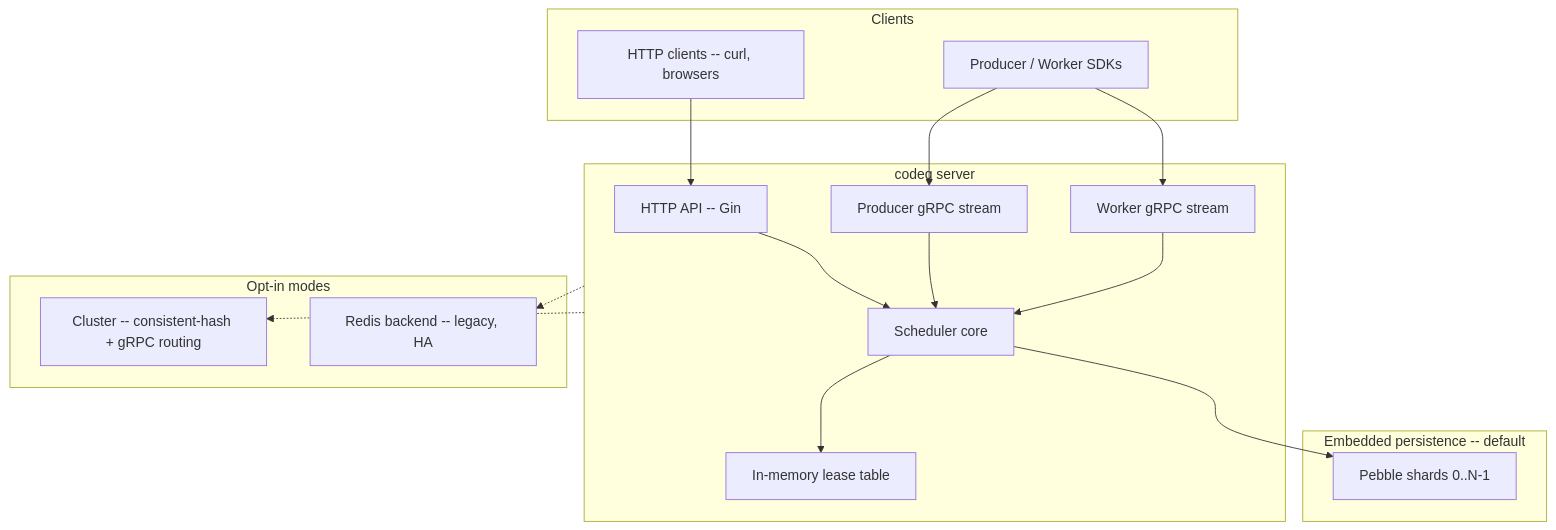
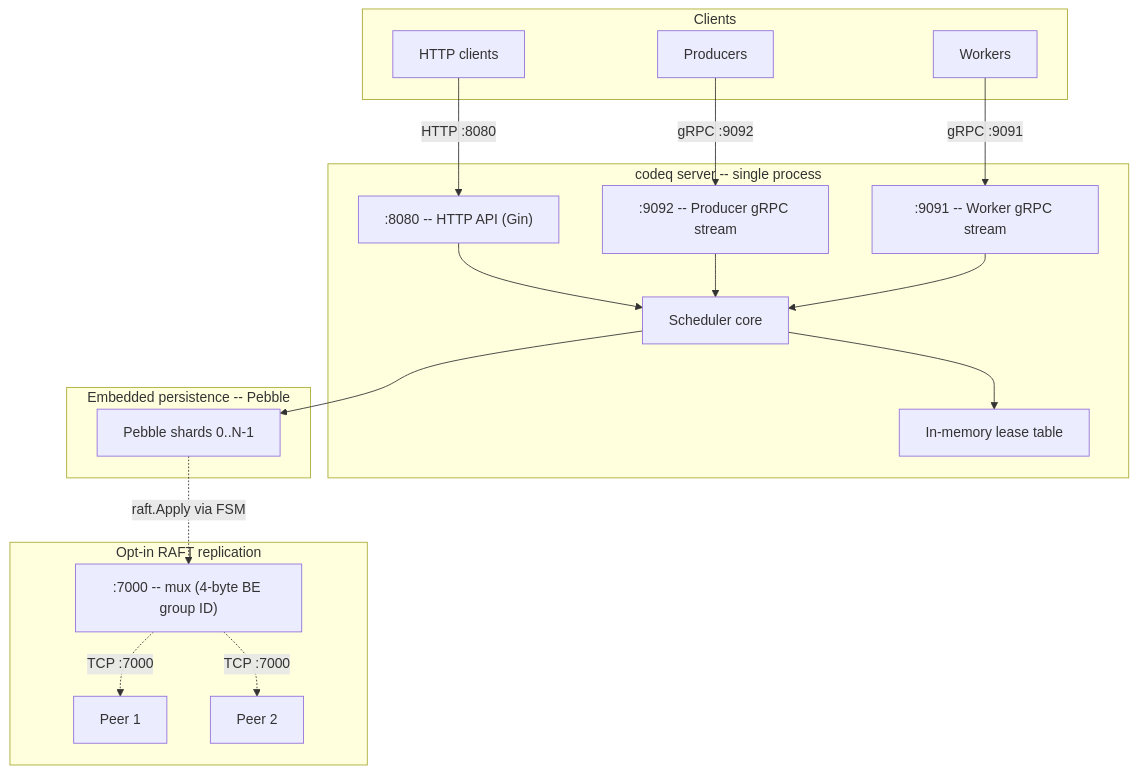
The second of 2 diagrams in docs/01-overview.md (osvaldoandrade/codeq), drawn with Mermaid before and after one commit. The commit also changed other lines of this file, not shown here.

First line of the commit message:
docs(overview): rewrite 01-overview for Pebble-only, RAFT HA, ports labeled (#607)

````diff
--- a/docs/01-overview.md
+++ b/docs/01-overview.md
@@ -103,31 +191,34 @@
 ```mermaid
 graph TB
   subgraph Clients
-    SDK[Producer / Worker SDKs]
-    HTTPCLI[HTTP clients -- curl, browsers]
+    PROD[Producers]
+    WORK[Workers]
+    HTTPCLI[HTTP clients]
   end
-  subgraph Server[codeq server]
-    API[HTTP API -- Gin]
-    PGRPC[Producer gRPC stream]
-    WGRPC[Worker gRPC stream]
+  subgraph Server[codeq server -- single process]
+    API[":8080 -- HTTP API (Gin)"]
+    PGRPC[":9092 -- Producer gRPC stream"]
+    WGRPC[":9091 -- Worker gRPC stream"]
+    SCHED[Scheduler core]
     LEASE[In-memory lease table]
-    SCHED[Scheduler core]
   end
-  subgraph Storage[Embedded persistence -- default]
+  subgraph Storage[Embedded persistence -- Pebble]
     P[Pebble shards 0..N-1]
   end
-  subgraph OptIn[Opt-in modes]
-    CL[Cluster -- consistent-hash + gRPC routing]
-    REDIS[Redis backend -- legacy, HA]
+  subgraph HA[Opt-in RAFT replication]
+    MUX[":7000 -- mux (4-byte BE group ID)"]
+    PEER1[Peer 1]
+    PEER2[Peer 2]
   end
-  SDK --> PGRPC
-  SDK --> WGRPC
-  HTTPCLI --> API
+  PROD -- "gRPC :9092" --> PGRPC
+  WORK -- "gRPC :9091" --> WGRPC
+  HTTPCLI -- "HTTP :8080" --> API
   API --> SCHED
   PGRPC --> SCHED
   WGRPC --> SCHED
   SCHED --> LEASE
   SCHED --> P
-  Server -.-> CL
-  Server -.-> REDIS
+  P -. "raft.Apply via FSM" .-> MUX
+  MUX -. "TCP :7000" .-> PEER1
+  MUX -. "TCP :7000" .-> PEER2
 ```
````
